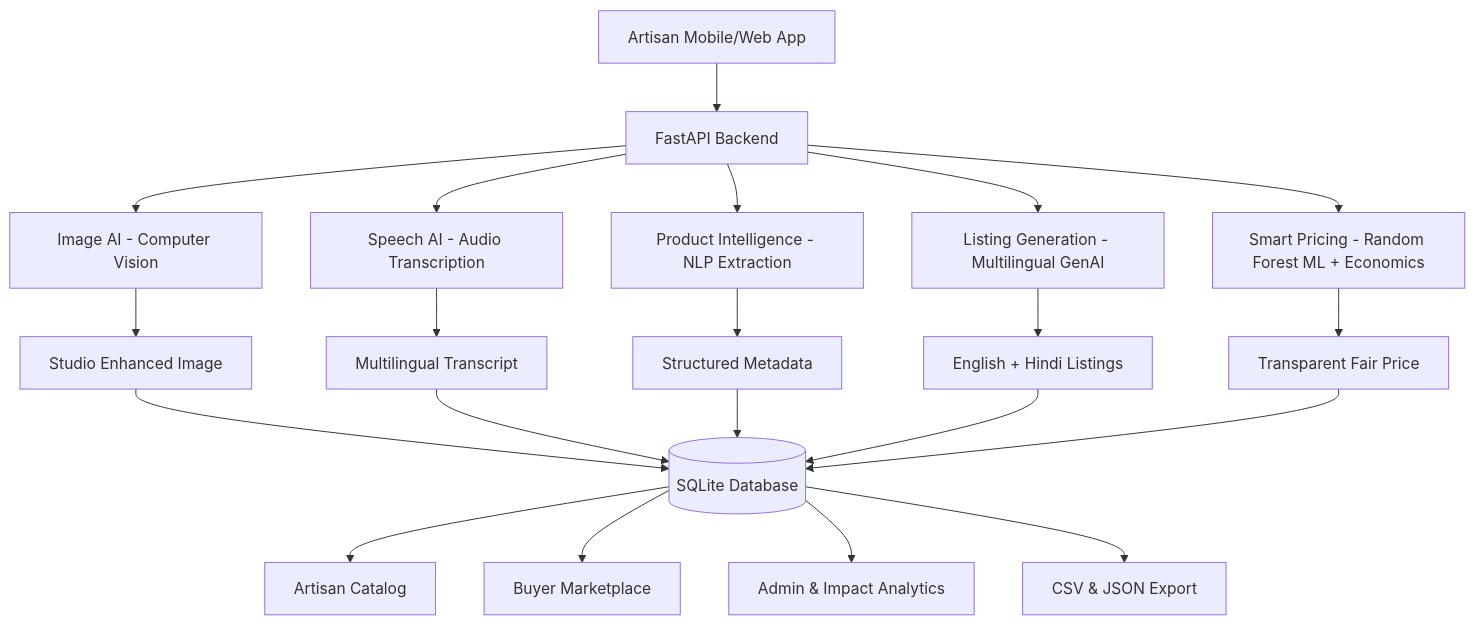
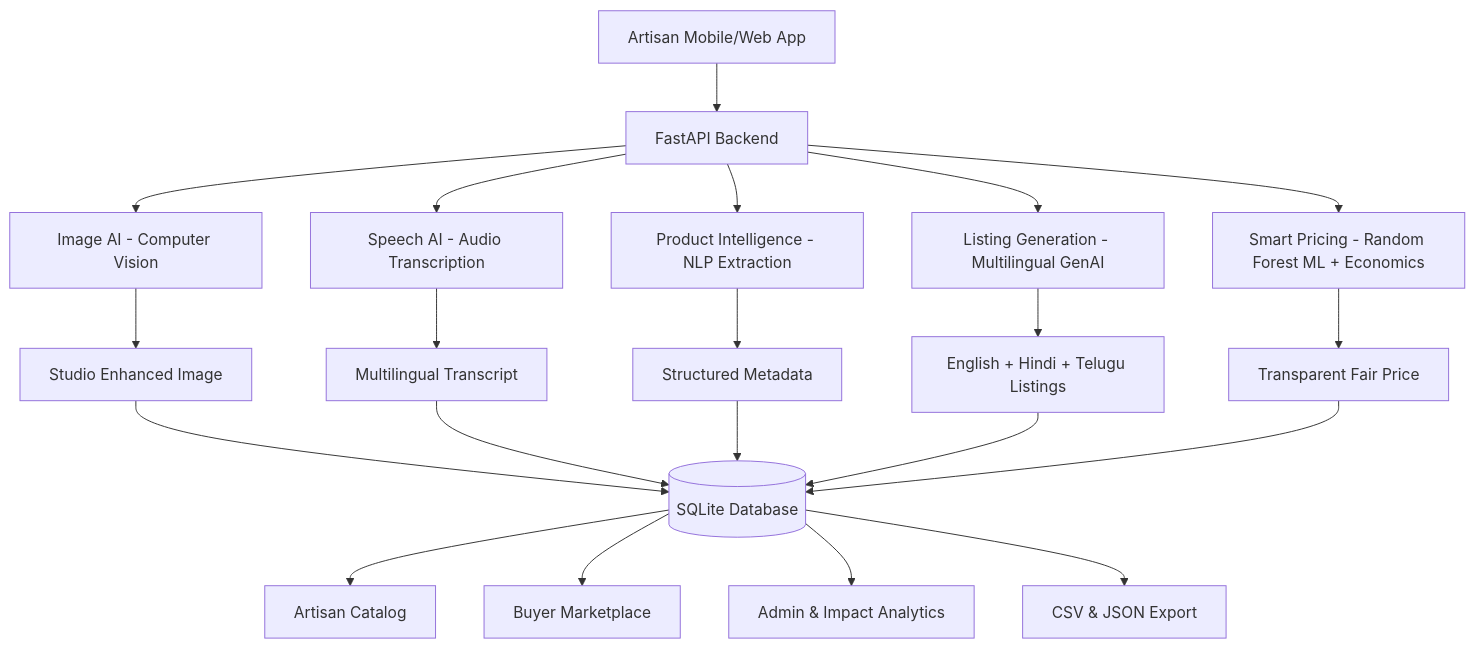
Before and after one commit to yogeshwardev/SIH-project: the diagram in README.md, drawn with Mermaid. The commit also changed other lines of this file and 16 other files, not shown here.

Commit message:
feat: advance AI listing and Telugu voice flow

````diff
--- a/README.md
+++ b/README.md
@@ -24,27 +24,27 @@
 ```mermaid
 flowchart TD
     A[Artisan Mobile/Web App] --> B[FastAPI Backend]
 
     B --> C[Image AI - Computer Vision]
     B --> D[Speech AI - Audio Transcription]
     B --> E[Product Intelligence - NLP Extraction]
     B --> F[Listing Generation - Multilingual GenAI]
     B --> G[Smart Pricing - Random Forest ML + Economics]
 
     C --> H[Studio Enhanced Image]
     D --> I[Multilingual Transcript]
     E --> J[Structured Metadata]
-    F --> K[English + Hindi Listings]
+    F --> K[English + Hindi + Telugu Listings]
     G --> L[Transparent Fair Price]
 
     H --> M[(SQLite Database)]
     I --> M
     J --> M
     K --> M
     L --> M
 
     M --> N[Artisan Catalog]
     M --> O[Buyer Marketplace]
     M --> P[Admin & Impact Analytics]
     M --> Q[CSV & JSON Export]
 ```
````
